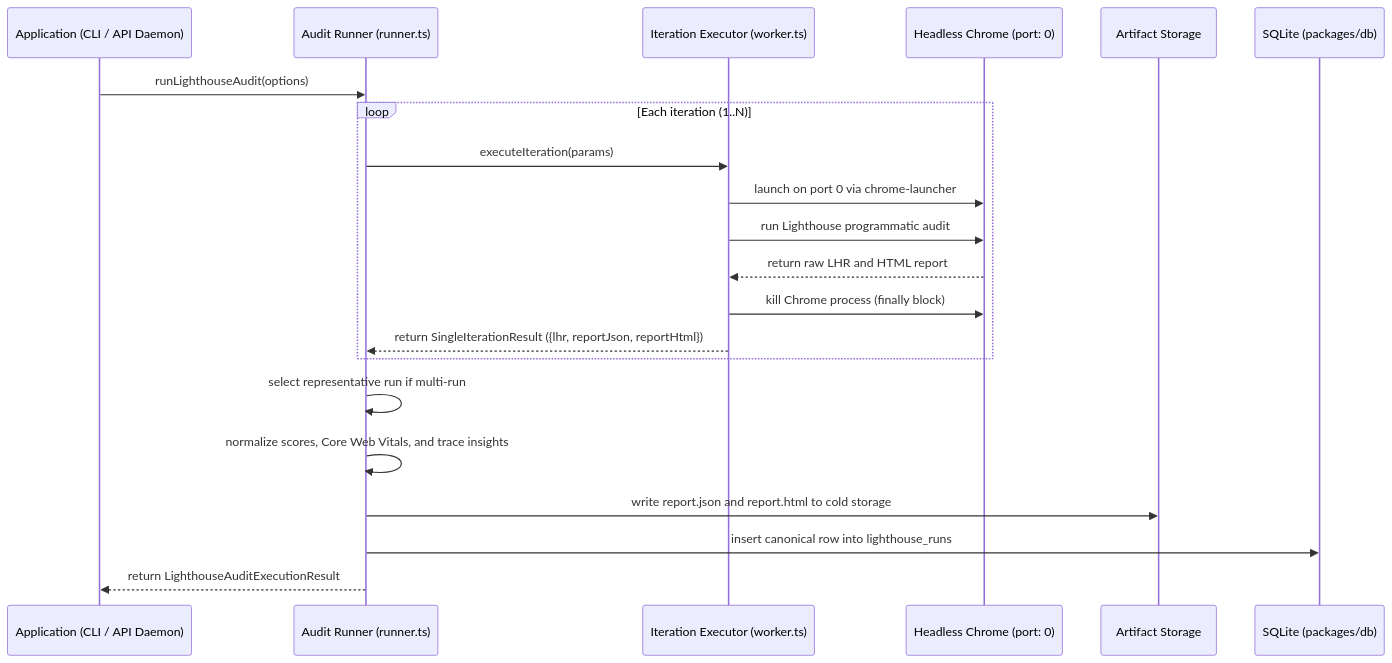
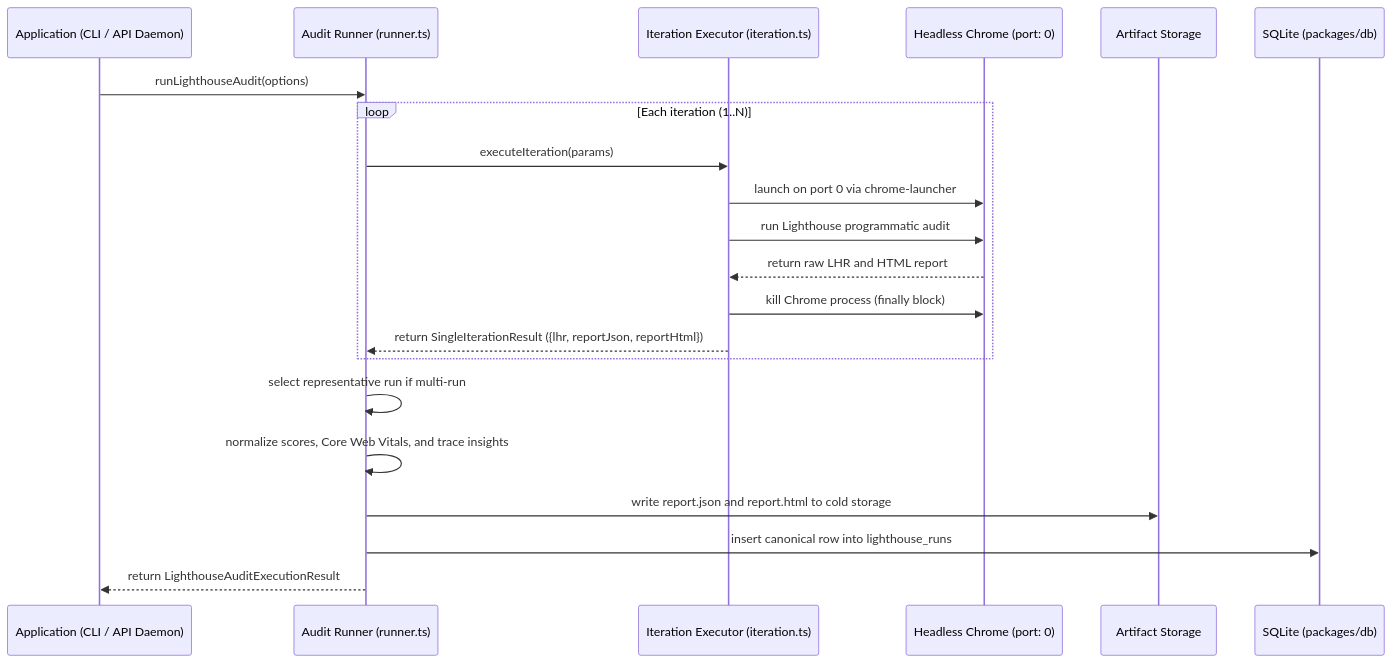
Before and after one commit to ahmedhanye/devtools: the diagram in docs/architecture/lighthouse.md, drawn with Mermaid. The commit also changed other lines of this file and 17 other files, not shown here.

Commit message:
docs: document lighthouse daemon api, shutdown, and architecture (#131)

````diff
--- a/docs/architecture/lighthouse.md
+++ b/docs/architecture/lighthouse.md
@@ -28,24 +35,24 @@
 ```mermaid
 sequenceDiagram
     participant App as Application (CLI / API Daemon)
     participant Runner as Audit Runner (runner.ts)
-    participant Iter as Iteration Executor (worker.ts)
+    participant Iter as Iteration Executor (iteration.ts)
     participant Chrome as Headless Chrome (port: 0)
     participant Disk as Artifact Storage
     participant DB as SQLite (packages/db)
 
     App->>Runner: runLighthouseAudit(options)
     loop Each iteration (1..N)
         Runner->>Iter: executeIteration(params)
         Iter->>Chrome: launch on port 0 via chrome-launcher
         Iter->>Chrome: run Lighthouse programmatic audit
         Chrome-->>Iter: return raw LHR and HTML report
         Iter->>Chrome: kill Chrome process (finally block)
         Iter-->>Runner: return SingleIterationResult ({lhr, reportJson, reportHtml})
     end
     Runner->>Runner: select representative run if multi-run
     Runner->>Runner: normalize scores, Core Web Vitals, and trace insights
     Runner->>Disk: write report.json and report.html to cold storage
     Runner->>DB: insert canonical row into lighthouse_runs
     Runner-->>App: return LighthouseAuditExecutionResult
 ```
````
